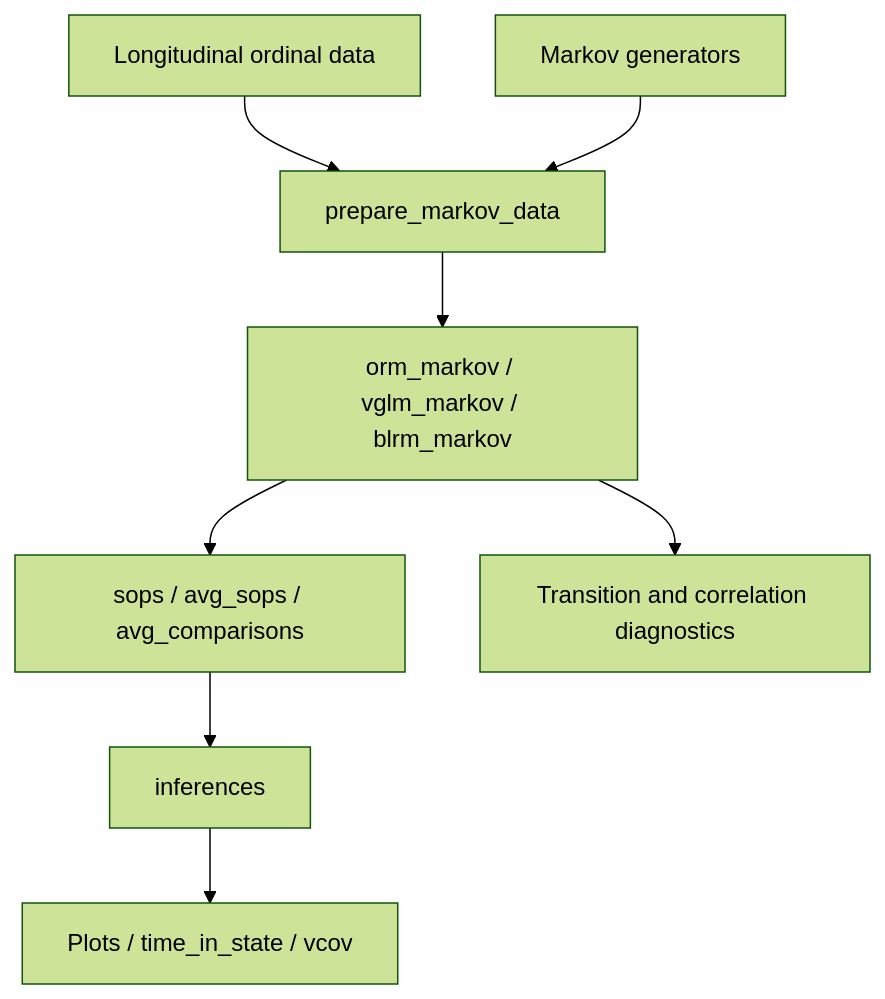
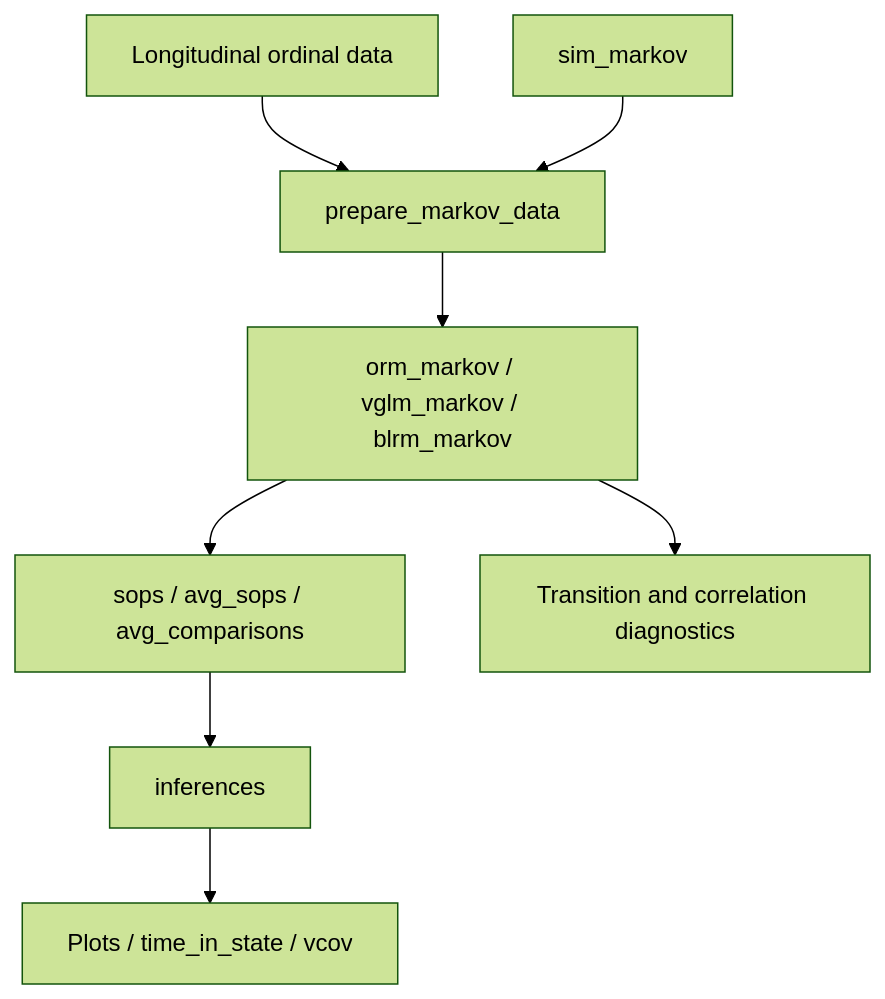
The diagram in ARCHITECTURE.md (scjohannes/mostr), drawn with Mermaid (forest theme) before and after one commit. The commit also changed other lines of this file and 43 other files, not shown here.

First line of the commit message:
// Replace the trial simulators with sim_markov(preset = ...)

````diff
--- a/ARCHITECTURE.md
+++ b/ARCHITECTURE.md
@@ -60,10 +60,10 @@
 ```mermaid
 flowchart TD
     A[Longitudinal ordinal data] --> B[prepare_markov_data]
-    G[Markov generators] --> B
+    G[sim_markov] --> B
     B --> C[orm_markov / vglm_markov / blrm_markov]
     C --> D[sops / avg_sops / avg_comparisons]
     D --> E[inferences]
     E --> F[Plots / time_in_state / vcov]
     C --> H[Transition and correlation diagnostics]
 ```
````
